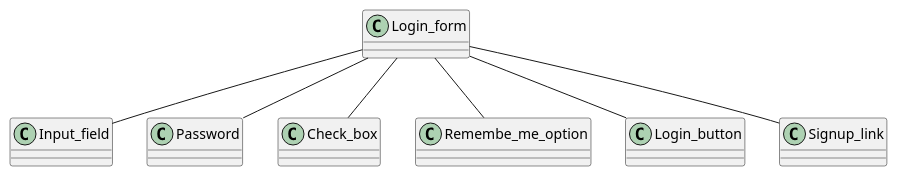
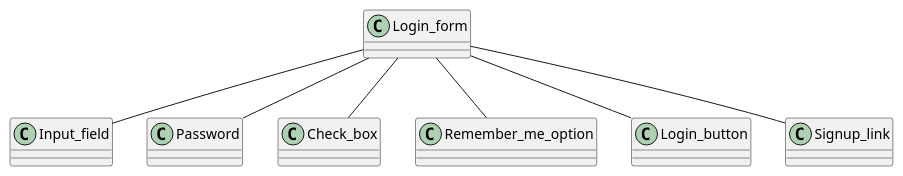
One commit to vsmro/checkyourcar changed the diagram in class.puml. Above: the diagram before and after it, drawn with PlantUML.

Commit message:
Changes in the class diagram

```diff
--- a/class.puml
+++ b/class.puml
@@ -1,118 +1,118 @@
 @startuml
 'https://plantuml.com/class-diagram
 
 'class Login
 '{
 'login()
 'check_user_password()
 'forget_password()
 '}
 'Login "1" *-- "1" User
 'class User
 '{
 'user_name
 'password
 '
 'new_user()
 'update_user()
 'delete_user()
 '}
 '
 'class Driver
 '{
 'name
 'vehicle_category
 'exp_date
 'new_driver()
 'update_driver()
 'delete_driver()
 '}
 'User "1" *-- "1" Driver
 '
 '
 '
 '
 'class Vehicle
 '{
 'no_plate
 'vin
 'brand
 'model
 'year
 'new_vehicle()
 'update_vehicle()
 'delete_vehicle()
 '}
 'Driver "1" *-- "many" Vehicle
 '
 'class Auto
 '{
 'dashboard_km
 '}
 'Vehicle *-- Auto
 '
 'Class Moto
 '{
 'dashboard_km
 '}
 'Vehicle *-- Moto
 '
 'class Trailer
 '{
 '}
 'Vehicle *-- Trailer
 'class Maintenance
 '{
 ' to_be_continued
 '}
 
 'Auto "1" *-- "1" Maintenance
 'Moto "1" *-- "1" Maintenance
 'Trailer "1" *-- "1" Maintenance
 '
 'class Garage {
 '
 '
 '}
 
 class Login_form
 {
 }
 
 class Input_field
 {
 }
 
 
 
 class Password
 {
 }
 class Check_box
 {
 }
-class Remembe_me_option
+class Remember_me_option
 {
 }
 
 class Login_button
 {
 }
 
 class Signup_link
 {
 }
 
 Login_form -- Input_field
 Login_form -- Password
-Login_form -- Remembe_me_option
+Login_form -- Remember_me_option
 Login_form -- Check_box
 Login_form -- Signup_link
 Login_form -- Login_button
 
 
 
 
 
 
 @enduml
```
